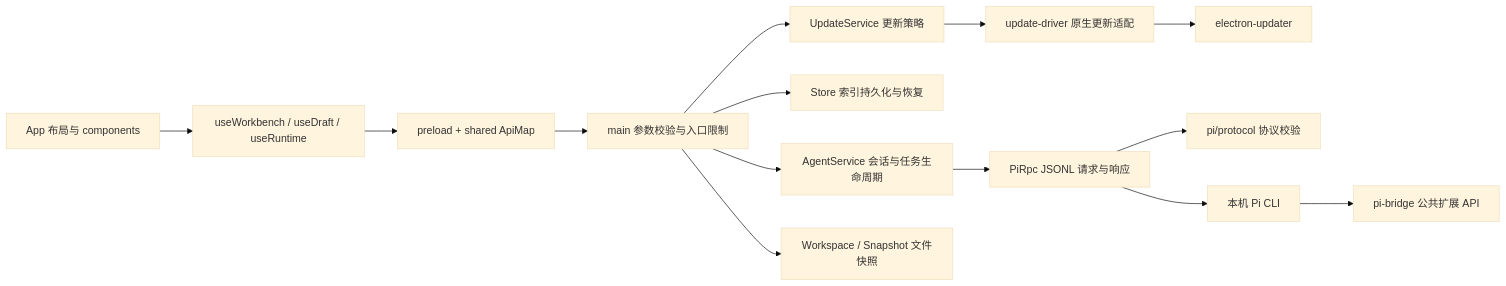
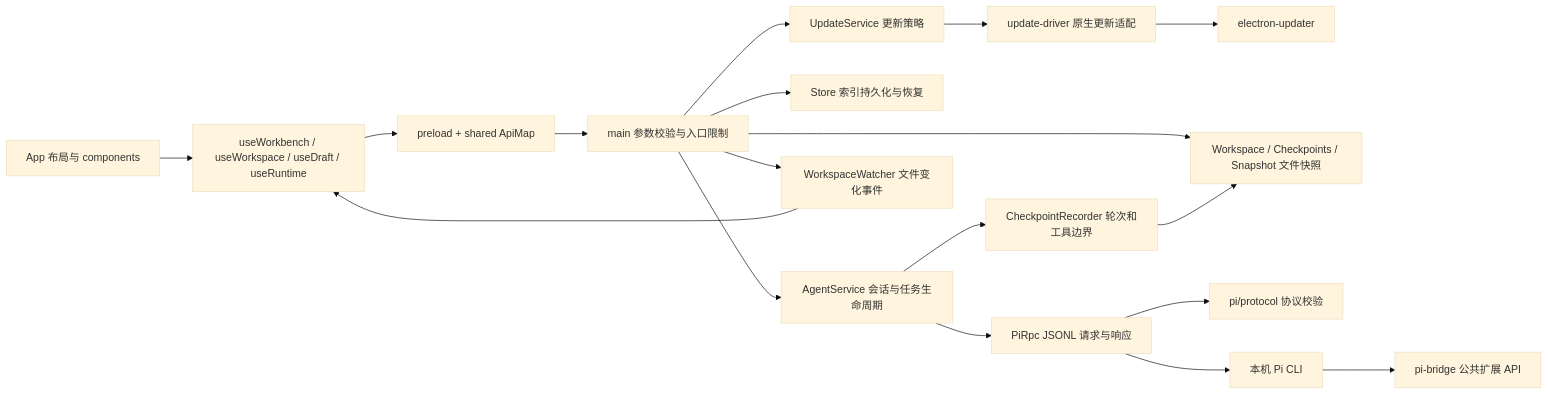
Before and after one commit to abnormalboy/pi-desktop-gui: the diagram in docs/architecture.md, drawn with Mermaid (base theme). The commit also changed other lines of this file and 107 other files, not shown here.

````diff
--- a/docs/architecture.md
+++ b/docs/architecture.md
@@ -5,16 +5,20 @@
 ```mermaid
 flowchart LR
-  UI[App 布局与 components] --> Hooks[useWorkbench / useDraft / useRuntime]
+  UI[App 布局与 components] --> Hooks[useWorkbench / useWorkspace / useDraft / useRuntime]
   Hooks --> IPC[preload + shared ApiMap]
   IPC --> Main[main 参数校验与入口限制]
   Main --> Agent[AgentService 会话与任务生命周期]
   Main --> Store[Store 索引持久化与恢复]
   Main --> Updates[UpdateService 更新策略]
   Updates --> Driver[update-driver 原生更新适配]
   Driver --> Native[electron-updater]
-  Main --> Workspace[Workspace / Snapshot 文件快照]
+  Main --> Workspace[Workspace / Checkpoints / Snapshot 文件快照]
+  Main --> Watch[WorkspaceWatcher 文件变化事件]
+  Watch --> Hooks
+  Agent --> Recorder[CheckpointRecorder 轮次和工具边界]
+  Recorder --> Workspace
   Agent --> RPC[PiRpc JSONL 请求与响应]
   RPC --> Protocol[pi/protocol 协议校验]
   RPC --> Pi[本机 Pi CLI]
   Pi --> Bridge[pi-bridge 公共扩展 API]
 ```
````
